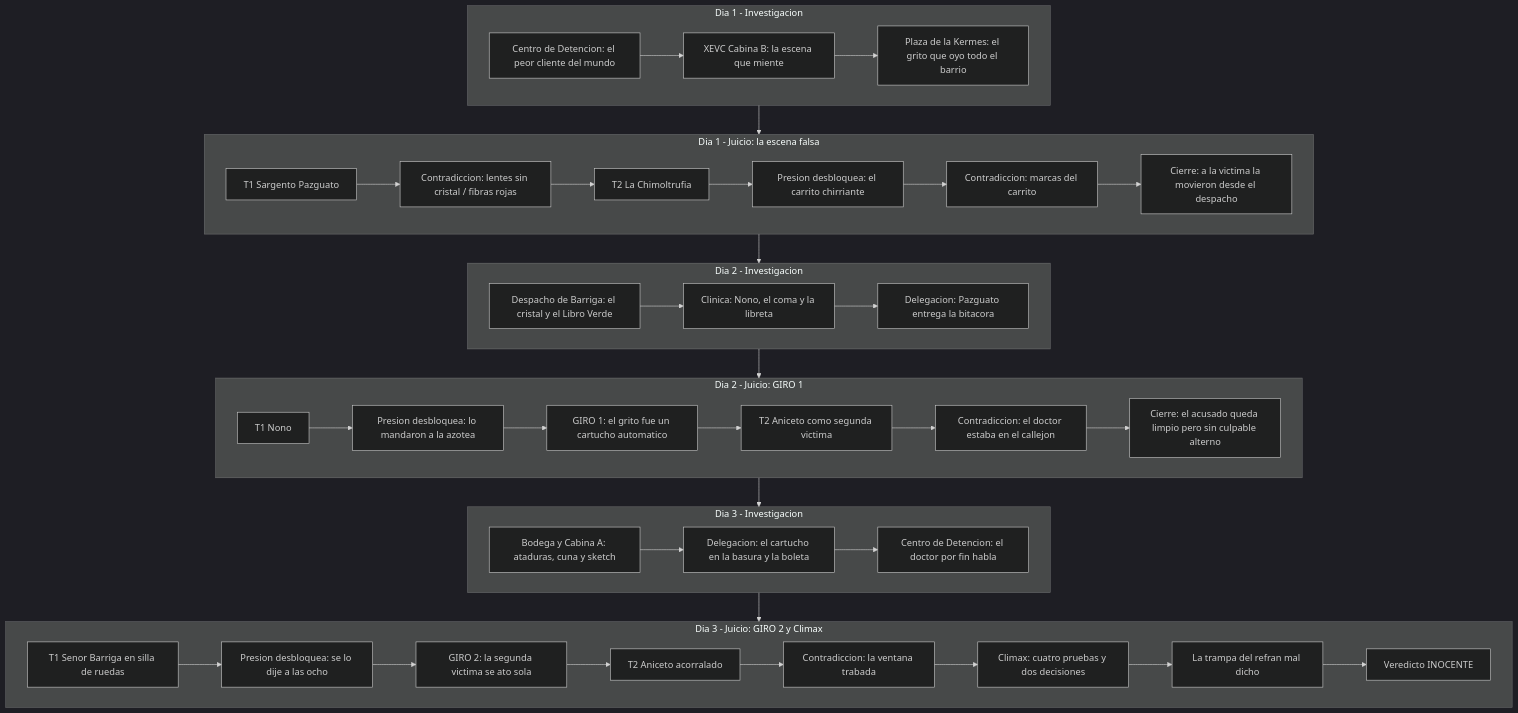
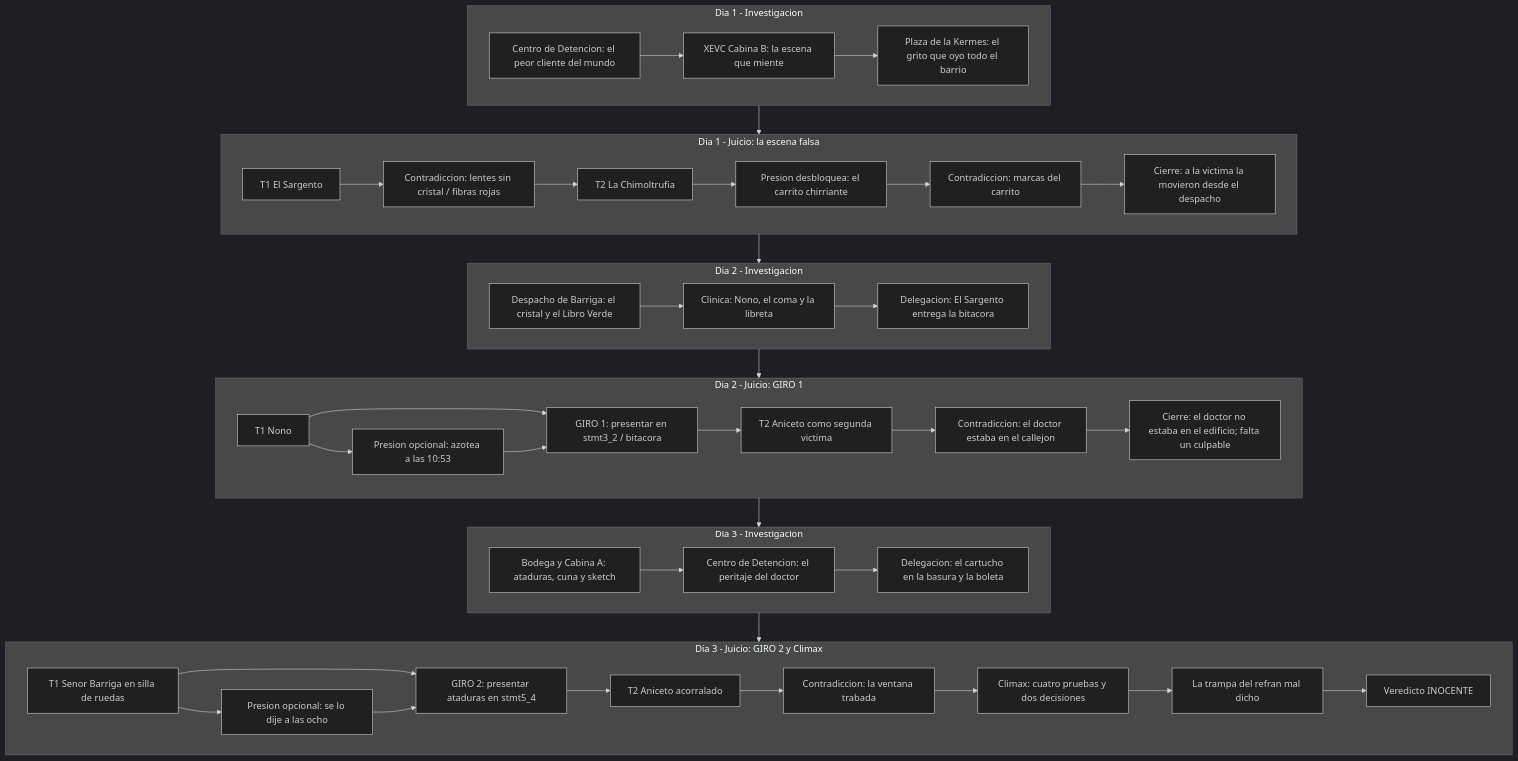
Before and after one commit to luisoncpp/aa-chapulin: the second of 2 diagrams in docs/specs/case-3-la-noche-del-grito.md, drawn with Mermaid (dark theme). The commit also changed other lines of this file and 3 other files, not shown here.

````diff
--- a/docs/specs/case-3-la-noche-del-grito.md
+++ b/docs/specs/case-3-la-noche-del-grito.md
@@ -111,39 +112,41 @@
 ```mermaid
 flowchart TD
     subgraph D1I [Dia 1 - Investigacion]
         A1[Centro de Detencion: el peor cliente del mundo] --> A2[XEVC Cabina B: la escena que miente]
         A2 --> A3[Plaza de la Kermes: el grito que oyo todo el barrio]
     end
     subgraph D1T [Dia 1 - Juicio: la escena falsa]
-        B1[T1 Sargento Pazguato] --> B2[Contradiccion: lentes sin cristal / fibras rojas]
+        B1[T1 El Sargento] --> B2[Contradiccion: lentes sin cristal / fibras rojas]
         B2 --> B3[T2 La Chimoltrufia]
         B3 --> B4[Presion desbloquea: el carrito chirriante]
         B4 --> B5[Contradiccion: marcas del carrito]
         B5 --> B6[Cierre: a la victima la movieron desde el despacho]
     end
     subgraph D2I [Dia 2 - Investigacion]
         C1[Despacho de Barriga: el cristal y el Libro Verde] --> C2[Clinica: Nono, el coma y la libreta]
-        C2 --> C3[Delegacion: Pazguato entrega la bitacora]
+        C2 --> C3[Delegacion: El Sargento entrega la bitacora]
     end
     subgraph D2T [Dia 2 - Juicio: GIRO 1]
-        E1[T1 Nono] --> E2[Presion desbloquea: lo mandaron a la azotea]
-        E2 --> E3[GIRO 1: el grito fue un cartucho automatico]
+        E1[T1 Nono] --> E2[Presion opcional: azotea a las 10:53]
+        E1 --> E3[GIRO 1: presentar en stmt3_2 / bitacora]
+        E2 --> E3
         E3 --> E4[T2 Aniceto como segunda victima]
         E4 --> E5[Contradiccion: el doctor estaba en el callejon]
-        E5 --> E6[Cierre: el acusado queda limpio pero sin culpable alterno]
+        E5 --> E6[Cierre: el doctor no estaba en el edificio; falta un culpable]
     end
     subgraph D3I [Dia 3 - Investigacion]
-        F1[Bodega y Cabina A: ataduras, cuna y sketch] --> F2[Delegacion: el cartucho en la basura y la boleta]
-        F2 --> F3[Centro de Detencion: el doctor por fin habla]
+        F1[Bodega y Cabina A: ataduras, cuna y sketch] --> F2[Centro de Detencion: el peritaje del doctor]
+        F2 --> F3[Delegacion: el cartucho en la basura y la boleta]
     end
     subgraph D3T [Dia 3 - Juicio: GIRO 2 y Climax]
-        G1[T1 Senor Barriga en silla de ruedas] --> G2[Presion desbloquea: se lo dije a las ocho]
-        G2 --> G3[GIRO 2: la segunda victima se ato sola]
+        G1[T1 Senor Barriga en silla de ruedas] --> G2[Presion opcional: se lo dije a las ocho]
+        G1 --> G3[GIRO 2: presentar ataduras en stmt5_4]
+        G2 --> G3
         G3 --> G4[T2 Aniceto acorralado]
         G4 --> G5[Contradiccion: la ventana trabada]
         G5 --> G6[Climax: cuatro pruebas y dos decisiones]
         G6 --> G7[La trampa del refran mal dicho]
         G7 --> G8[Veredicto INOCENTE]
     end
     D1I --> D1T --> D2I --> D2T --> D3I --> D3T
 ```
````
